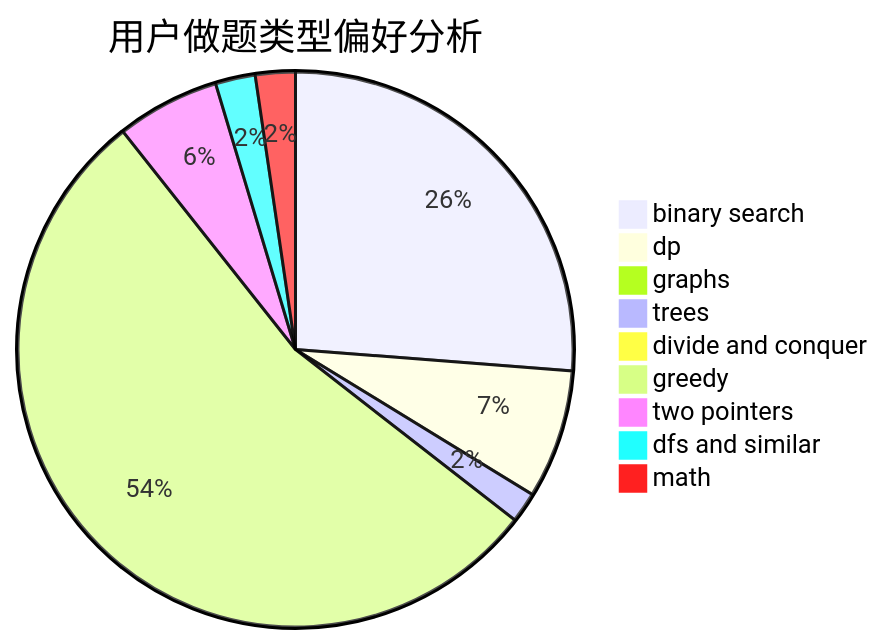
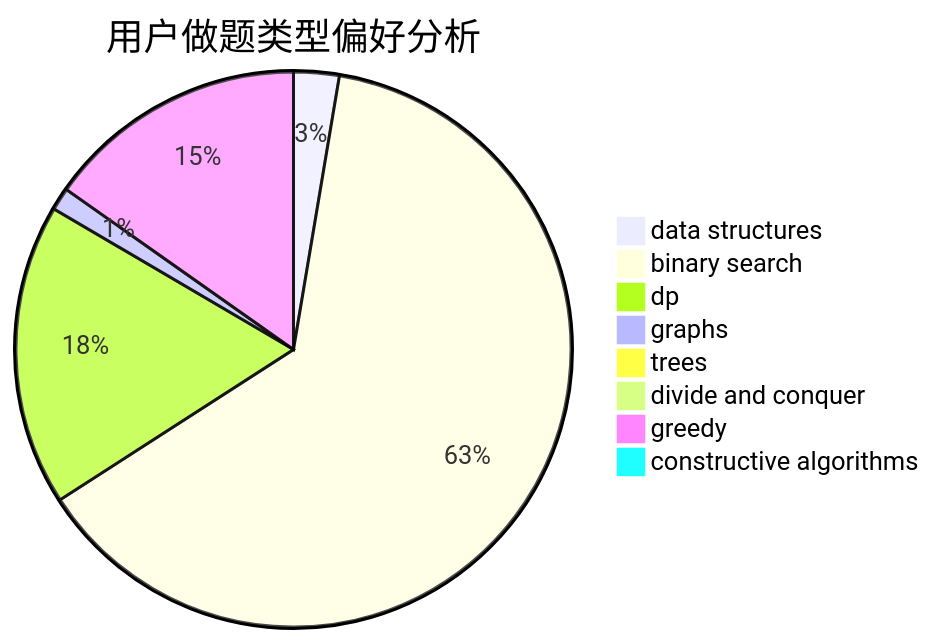
One commit to sherpahu/cfrs.github.io changed the second of 3 diagrams in docs/user/u2486.md. Above: the diagram before and after it, drawn with Mermaid. The commit also changed other lines of this file and 2775 other files, not shown here.

````diff
--- a/docs/user/u2486.md
+++ b/docs/user/u2486.md
@@ -23,12 +23,11 @@
 ```mermaid
 pie title 用户做题类型偏好分析
-    "binary search" :  192
-    "dp" :  55
+    "data structures" :  8
+    "binary search" :  191
+    "dp" :  53
     "graphs" :  4
-    "trees" :  13
+    "trees" :  0
     "divide and conquer" :  0
-    "greedy" :  394
-    "two pointers" :  44
-    "dfs and similar" :  17
-    "math" :  17
+    "greedy" :  46
+    "constructive algorithms" :  0
 ```
````
